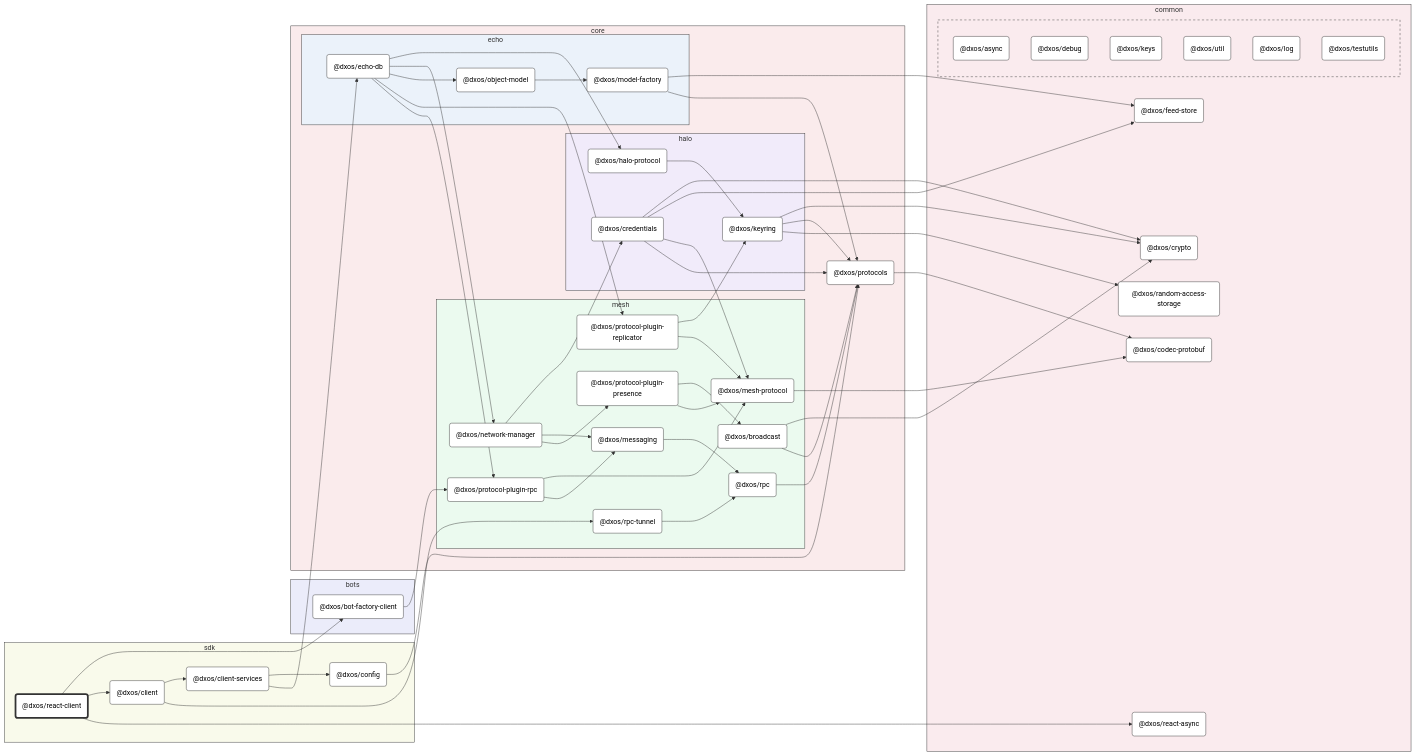
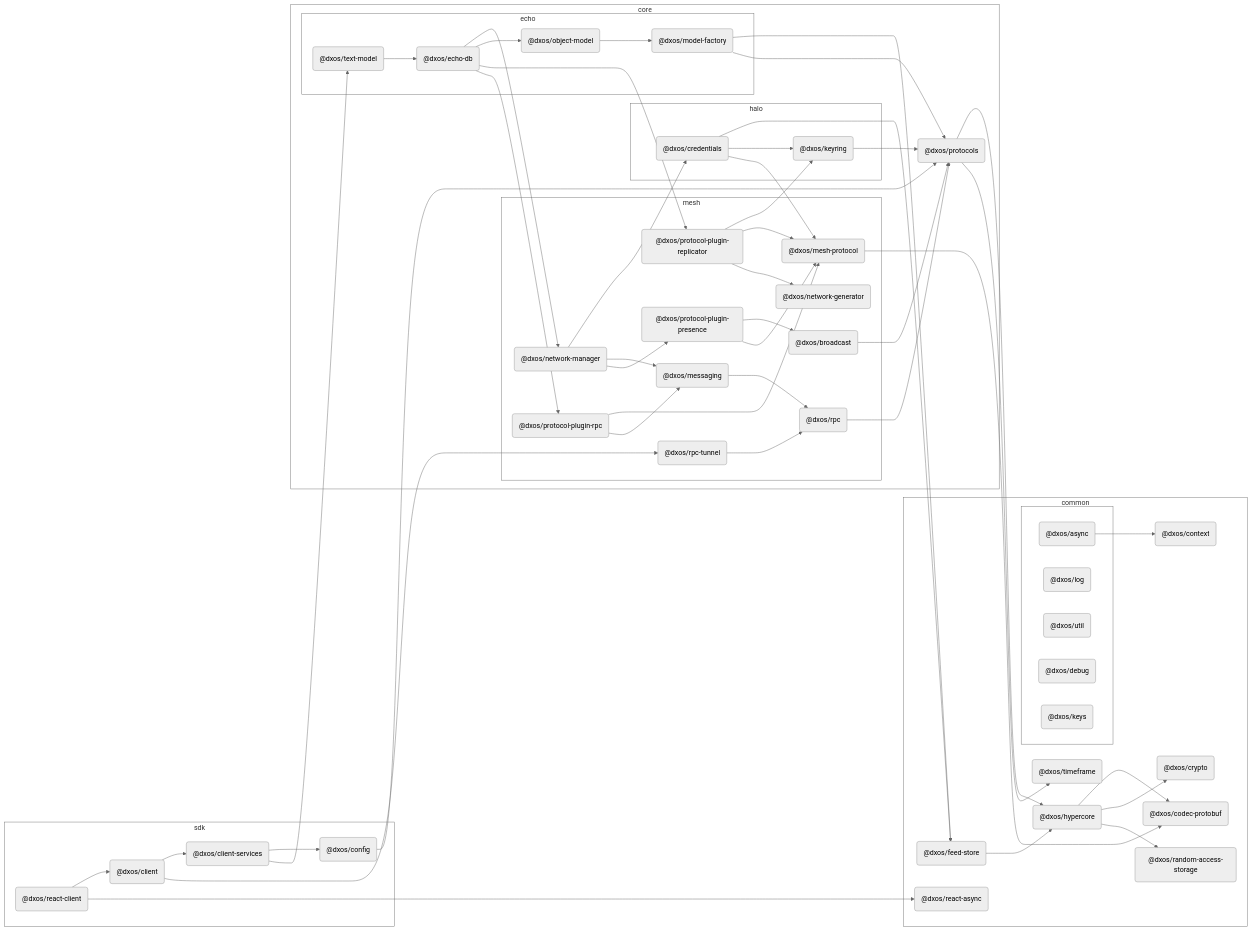
Before and after one commit to dxos/dxos: the diagram in packages/sdk/react-client/docs/README.md, drawn with Mermaid (neutral theme). The commit also changed other lines of this file and 126 other files, not shown here.

```diff
--- a/packages/sdk/react-client/docs/README.md
+++ b/packages/sdk/react-client/docs/README.md
@@ -10,13 +10,13 @@
 flowchart LR
 
 %% Classes
-classDef def fill:#fff,stroke:#333,stroke-width:1px
-classDef root fill:#fff,stroke:#333,stroke-width:4px
+
+
 
 %% Nodes
 
 subgraph sdk [sdk]
-  style sdk fill:#f9faeb,stroke:#333
+  style sdk fill:transparent
   dxos/react-client("@dxos/react-client"):::root
   click dxos/react-client "dxos/dxos/tree/main/packages/sdk/react-client/docs"
   dxos/client("@dxos/client"):::def
@@ -28,50 +28,54 @@
 end
 
 subgraph common [common]
-  style common fill:#faebee,stroke:#333
+  style common fill:transparent
+  dxos/context("@dxos/context"):::def
+  click dxos/context "dxos/dxos/tree/main/packages/common/context/docs"
   dxos/codec-protobuf("@dxos/codec-protobuf"):::def
   click dxos/codec-protobuf "dxos/dxos/tree/main/packages/common/codec-protobuf/docs"
+  dxos/hypercore("@dxos/hypercore"):::def
+  click dxos/hypercore "dxos/dxos/tree/main/packages/common/hypercore/docs"
   dxos/crypto("@dxos/crypto"):::def
   click dxos/crypto "dxos/dxos/tree/main/packages/common/crypto/docs"
+  dxos/random-access-storage("@dxos/random-access-storage"):::def
+  click dxos/random-access-storage "dxos/dxos/tree/main/packages/common/random-access-storage/docs"
+  dxos/timeframe("@dxos/timeframe"):::def
+  click dxos/timeframe "dxos/dxos/tree/main/packages/common/timeframe/docs"
   dxos/feed-store("@dxos/feed-store"):::def
   click dxos/feed-store "dxos/dxos/tree/main/packages/common/feed-store/docs"
-  dxos/random-access-storage("@dxos/random-access-storage"):::def
-  click dxos/random-access-storage "dxos/dxos/tree/main/packages/common/random-access-storage/docs"
   dxos/react-async("@dxos/react-async"):::def
   click dxos/react-async "dxos/dxos/tree/main/packages/common/react-async/docs"
 
   subgraph _ [ ]
-    style _ fill:#faebee,stroke:#333,stroke-dasharray:5 5
+    style _ fill:transparent
     dxos/async("@dxos/async"):::def
     click dxos/async "dxos/dxos/tree/main/packages/common/async/docs"
+    dxos/log("@dxos/log"):::def
+    click dxos/log "dxos/dxos/tree/main/packages/common/log/docs"
+    dxos/util("@dxos/util"):::def
+    click dxos/util "dxos/dxos/tree/main/packages/common/util/docs"
     dxos/debug("@dxos/debug"):::def
     click dxos/debug "dxos/dxos/tree/main/packages/common/debug/docs"
     dxos/keys("@dxos/keys"):::def
     click dxos/keys "dxos/dxos/tree/main/packages/common/keys/docs"
-    dxos/util("@dxos/util"):::def
-    click dxos/util "dxos/dxos/tree/main/packages/common/util/docs"
-    dxos/log("@dxos/log"):::def
-    click dxos/log "dxos/dxos/tree/main/packages/common/log/docs"
-    dxos/testutils("@dxos/testutils"):::def
-    click dxos/testutils "dxos/dxos/tree/main/packages/common/testutils/docs"
   end
 end
 
-subgraph bots [bots]
-  style bots fill:#ebecfa,stroke:#333
-  dxos/bot-factory-client("@dxos/bot-factory-client"):::def
-  click dxos/bot-factory-client "dxos/dxos/tree/main/packages/bots/bot-factory-client/docs"
-end
-
 subgraph core [core]
-  style core fill:#faebec,stroke:#333
+  style core fill:transparent
   dxos/protocols("@dxos/protocols"):::def
   click dxos/protocols "dxos/dxos/tree/main/packages/core/protocols/docs"
 
+  subgraph halo [halo]
+    style halo fill:transparent
+    dxos/credentials("@dxos/credentials"):::def
+    click dxos/credentials "dxos/dxos/tree/main/packages/core/halo/credentials/docs"
+    dxos/keyring("@dxos/keyring"):::def
+    click dxos/keyring "dxos/dxos/tree/main/packages/core/halo/keyring/docs"
+  end
+
   subgraph mesh [mesh]
-    style mesh fill:#ebfaef,stroke:#333
-    dxos/protocol-plugin-rpc("@dxos/protocol-plugin-rpc"):::def
-    click dxos/protocol-plugin-rpc "dxos/dxos/tree/main/packages/core/mesh/protocol-plugin-rpc/docs"
+    style mesh fill:transparent
     dxos/mesh-protocol("@dxos/mesh-protocol"):::def
     click dxos/mesh-protocol "dxos/dxos/tree/main/packages/core/mesh/mesh-protocol/docs"
     dxos/messaging("@dxos/messaging"):::def
@@ -86,55 +90,46 @@
     click dxos/broadcast "dxos/dxos/tree/main/packages/core/mesh/broadcast/docs"
     dxos/protocol-plugin-replicator("@dxos/protocol-plugin-replicator"):::def
     click dxos/protocol-plugin-replicator "dxos/dxos/tree/main/packages/core/mesh/protocol-plugin-replicator/docs"
+    dxos/network-generator("@dxos/network-generator"):::def
+    click dxos/network-generator "dxos/dxos/tree/main/packages/core/mesh/network-generator/docs"
+    dxos/protocol-plugin-rpc("@dxos/protocol-plugin-rpc"):::def
+    click dxos/protocol-plugin-rpc "dxos/dxos/tree/main/packages/core/mesh/protocol-plugin-rpc/docs"
     dxos/rpc-tunnel("@dxos/rpc-tunnel"):::def
     click dxos/rpc-tunnel "dxos/dxos/tree/main/packages/core/mesh/rpc-tunnel/docs"
   end
 
-  subgraph halo [halo]
-    style halo fill:#f1ebfa,stroke:#333
-    dxos/credentials("@dxos/credentials"):::def
-    click dxos/credentials "dxos/dxos/tree/main/packages/core/halo/credentials/docs"
-    dxos/halo-protocol("@dxos/halo-protocol"):::def
-    click dxos/halo-protocol "dxos/dxos/tree/main/packages/core/halo/halo-protocol/docs"
-    dxos/keyring("@dxos/keyring"):::def
-    click dxos/keyring "dxos/dxos/tree/main/packages/core/halo/keyring/docs"
-  end
-
   subgraph echo [echo]
-    style echo fill:#ebf2fa,stroke:#333
+    style echo fill:transparent
     dxos/echo-db("@dxos/echo-db"):::def
     click dxos/echo-db "dxos/dxos/tree/main/packages/core/echo/echo-db/docs"
     dxos/model-factory("@dxos/model-factory"):::def
     click dxos/model-factory "dxos/dxos/tree/main/packages/core/echo/model-factory/docs"
     dxos/object-model("@dxos/object-model"):::def
     click dxos/object-model "dxos/dxos/tree/main/packages/core/echo/object-model/docs"
+    dxos/text-model("@dxos/text-model"):::def
+    click dxos/text-model "dxos/dxos/tree/main/packages/core/echo/text-model/docs"
   end
 end
 
 %% Links
-linkStyle default stroke:#333,stroke-width:1px
-dxos/react-client --> dxos/bot-factory-client
-dxos/bot-factory-client --> dxos/protocol-plugin-rpc
-dxos/protocol-plugin-rpc --> dxos/mesh-protocol
-dxos/mesh-protocol --> dxos/codec-protobuf
-dxos/protocol-plugin-rpc --> dxos/messaging
-dxos/protocols --> dxos/codec-protobuf
-dxos/messaging --> dxos/rpc
-dxos/rpc --> dxos/protocols
+dxos/async --> dxos/context
 dxos/react-client --> dxos/client
 dxos/client --> dxos/client-services
 dxos/client-services --> dxos/config
 dxos/config --> dxos/protocols
-dxos/credentials --> dxos/crypto
+dxos/protocols --> dxos/hypercore
+dxos/hypercore --> dxos/codec-protobuf
+dxos/hypercore --> dxos/crypto
+dxos/hypercore --> dxos/random-access-storage
+dxos/protocols --> dxos/timeframe
 dxos/credentials --> dxos/feed-store
+dxos/feed-store --> dxos/hypercore
+dxos/credentials --> dxos/keyring
+dxos/keyring --> dxos/protocols
 dxos/credentials --> dxos/mesh-protocol
-dxos/credentials --> dxos/protocols
-dxos/client-services --> dxos/echo-db
-dxos/echo-db --> dxos/halo-protocol
-dxos/halo-protocol --> dxos/keyring
-dxos/keyring --> dxos/crypto
-dxos/keyring --> dxos/protocols
-dxos/keyring --> dxos/random-access-storage
+dxos/mesh-protocol --> dxos/codec-protobuf
+dxos/messaging --> dxos/rpc
+dxos/rpc --> dxos/protocols
 dxos/model-factory --> dxos/feed-store
 dxos/model-factory --> dxos/protocols
 dxos/echo-db --> dxos/network-manager
@@ -142,7 +137,6 @@
 dxos/network-manager --> dxos/messaging
 dxos/network-manager --> dxos/protocol-plugin-presence
 dxos/protocol-plugin-presence --> dxos/broadcast
-dxos/broadcast --> dxos/crypto
 dxos/broadcast --> dxos/protocols
 dxos/protocol-plugin-presence --> dxos/mesh-protocol
 dxos/echo-db --> dxos/object-model
@@ -150,7 +144,12 @@
 dxos/echo-db --> dxos/protocol-plugin-replicator
 dxos/protocol-plugin-replicator --> dxos/keyring
 dxos/protocol-plugin-replicator --> dxos/mesh-protocol
+dxos/protocol-plugin-replicator --> dxos/network-generator
 dxos/echo-db --> dxos/protocol-plugin-rpc
+dxos/protocol-plugin-rpc --> dxos/mesh-protocol
+dxos/protocol-plugin-rpc --> dxos/messaging
+dxos/client-services --> dxos/text-model
+dxos/text-model --> dxos/echo-db
 dxos/client --> dxos/rpc-tunnel
 dxos/rpc-tunnel --> dxos/rpc
 dxos/react-client --> dxos/react-async
```
